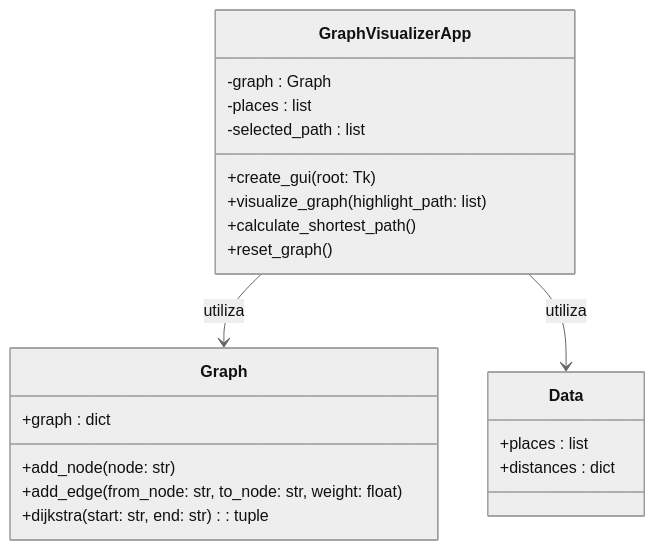
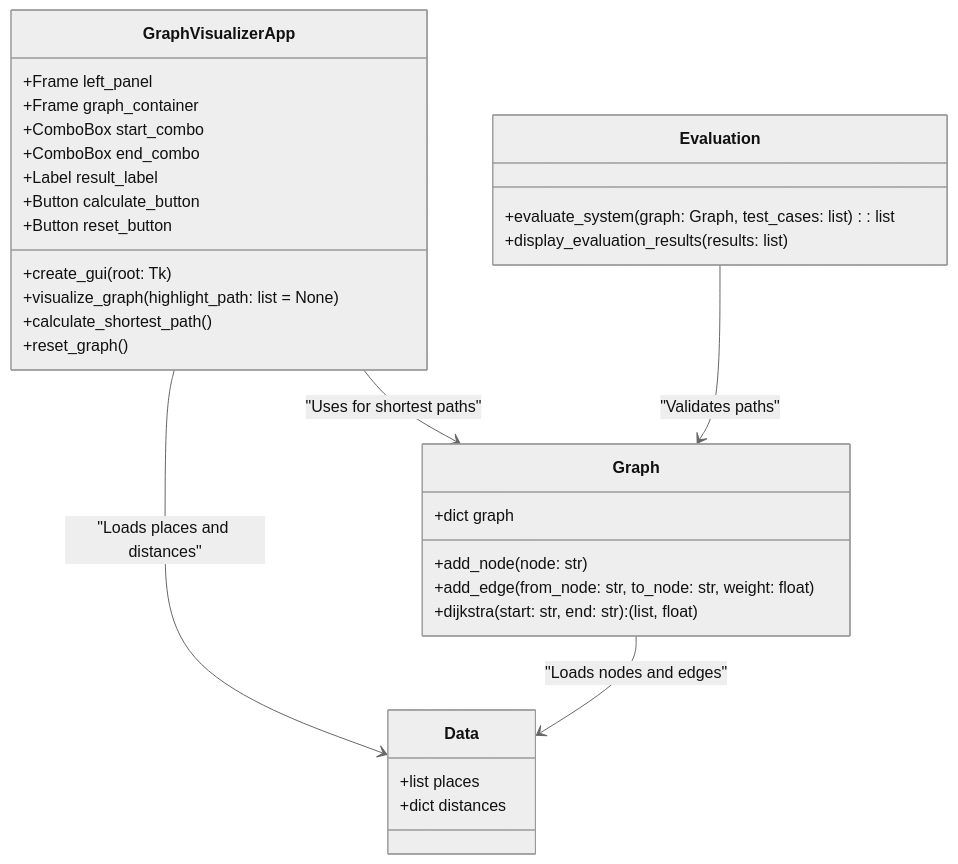
One commit to DJ-lezama/Sistema-de-Navegacion-UDLAP changed the diagram in README.md. Above: the diagram before and after it, drawn with Mermaid (neutral theme).

````diff
--- a/README.md
+++ b/README.md
@@ -64,28 +64,40 @@
 ```mermaid
 classDiagram
-    class Graph {
-        +graph : dict
-        +add_node(node: str)
-        +add_edge(from_node: str, to_node: str, weight: float)
-        +dijkstra(start: str, end: str) : tuple
-    }
-
     class GraphVisualizerApp {
-        -graph : Graph
-        -places : list
-        -selected_path : list
+        +Frame left_panel
+        +Frame graph_container
+        +ComboBox start_combo
+        +ComboBox end_combo
+        +Label result_label
+        +Button calculate_button
+        +Button reset_button
         +create_gui(root: Tk)
-        +visualize_graph(highlight_path: list)
+        +visualize_graph(highlight_path: list = None)
         +calculate_shortest_path()
         +reset_graph()
     }
 
-    class Data {
-        +places : list
-        +distances : dict
+    class Evaluation {
+        +evaluate_system(graph: Graph, test_cases: list): list
+        +display_evaluation_results(results: list)
     }
 
-    GraphVisualizerApp --> Graph : utiliza
-    GraphVisualizerApp --> Data : utiliza
+    class Graph {
+        +dict graph
+        +add_node(node: str)
+        +add_edge(from_node: str, to_node: str, weight: float)
+        +dijkstra(start: str, end: str): (list, float)
+    }
+
+    class Data {
+        +list places
+        +dict distances
+    }
+
+    GraphVisualizerApp --> Data : "Loads places and distances"
+    GraphVisualizerApp --> Graph : "Uses for shortest paths"
+    Graph --> Data : "Loads nodes and edges"
+    Evaluation --> Graph : "Validates paths"
+
 
 ```
````
